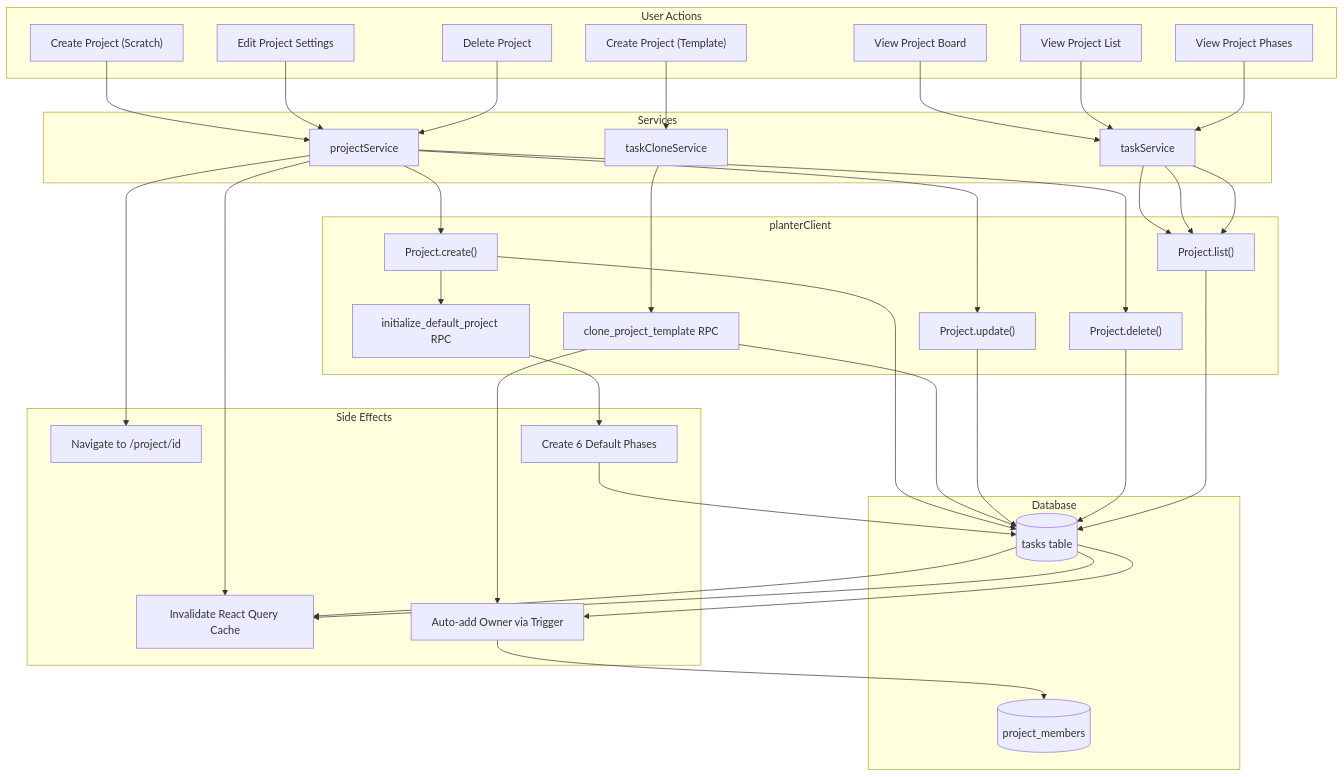
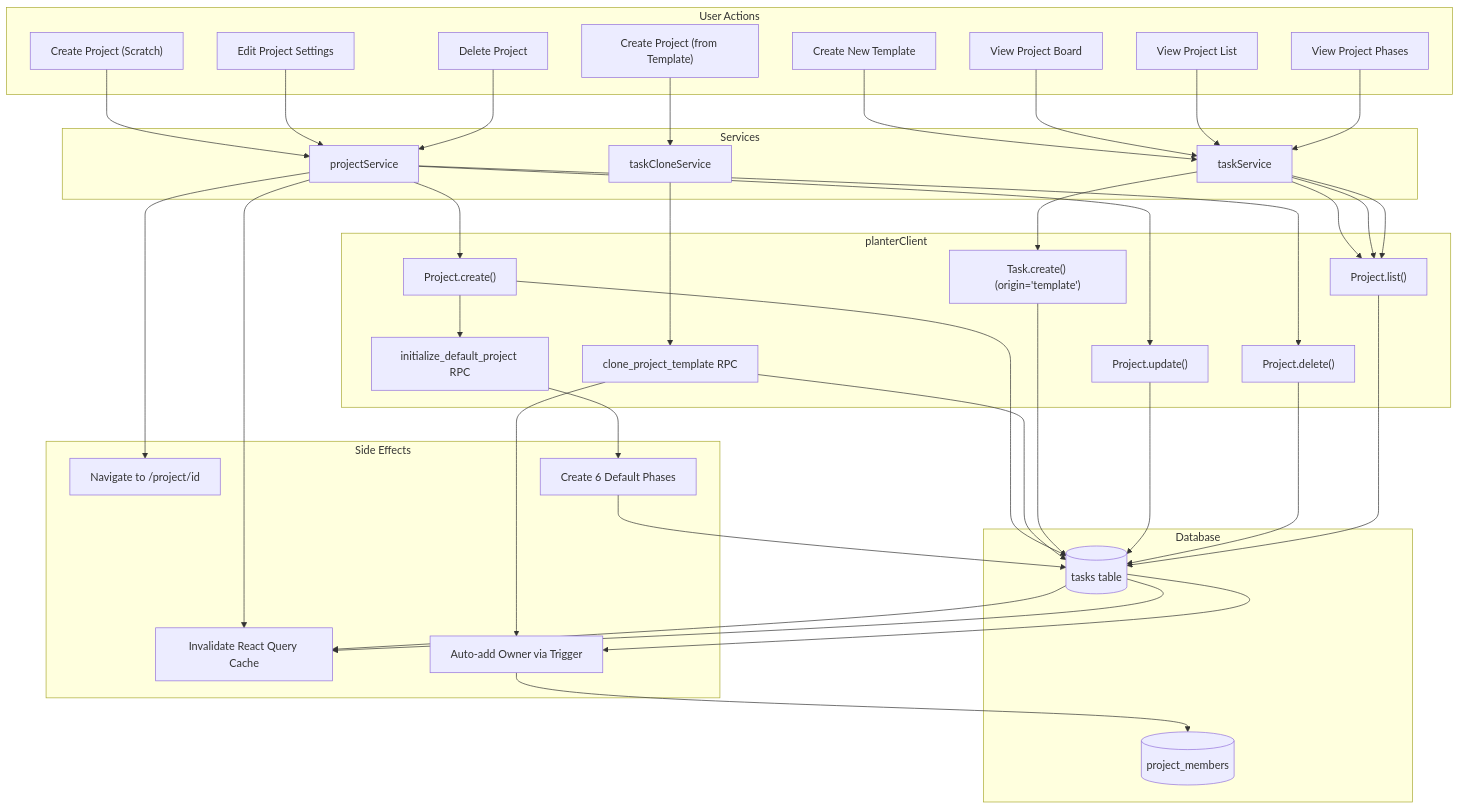
The third of 10 diagrams in docs/PROJECT_MIND_MAP.md (JoelA510/PlanterPlan-Alpha), drawn with Mermaid before and after one commit. The commit also changed other lines of this file, not shown here.

Commit message:
docs: update mind map with Template System and recent schema hardening

````diff
--- a/docs/PROJECT_MIND_MAP.md
+++ b/docs/PROJECT_MIND_MAP.md
@@ -283,55 +287,59 @@
 ```mermaid
 flowchart TD
     subgraph "User Actions"
         P1["Create Project (Scratch)"]
-        P2["Create Project (Template)"]
+        P2["Create Project (from Template)"]
+        P_NEW_TMP["Create New Template"]
         P3[Edit Project Settings]
         P4[Delete Project]
         P5[View Project Board]
         P6[View Project List]
         P7[View Project Phases]
     end
 
     subgraph "Services"
         PS[projectService]
         TS[taskService]
         TCS[taskCloneService]
     end
 
     subgraph "planterClient"
         PC_C["Project.create()"]
         PC_L["Project.list()"]
         PC_U["Project.update()"]
         PC_D["Project.delete()"]
         PC_CL["clone_project_template RPC"]
         PC_INIT["initialize_default_project RPC"]
+        PC_TC["Task.create() (origin='template')"]
     end
 
     subgraph "Database"
         DB_T[(tasks table)]
         DB_PM[(project_members)]
     end
 
     subgraph "Side Effects"
         SE_NAV[Navigate to /project/id]
         SE_CACHE[Invalidate React Query Cache]
         SE_MEMBER[Auto-add Owner via Trigger]
         SE_PHASES[Create 6 Default Phases]
     end
 
     P1 --> PS --> PC_C --> DB_T
     PC_C --> PC_INIT --> SE_PHASES --> DB_T
     DB_T --> SE_MEMBER --> DB_PM
     PS --> SE_NAV
     PS --> SE_CACHE
 
     P2 --> TCS --> PC_CL --> DB_T
     PC_CL --> SE_MEMBER
 
+    P_NEW_TMP --> TS --> PC_TC --> DB_T
+
     P3 --> PS --> PC_U --> DB_T --> SE_CACHE
     P4 --> PS --> PC_D --> DB_T --> SE_CACHE
 
     P5 --> TS --> PC_L --> DB_T
     P6 --> TS --> PC_L
     P7 --> TS --> PC_L
 ```
````
